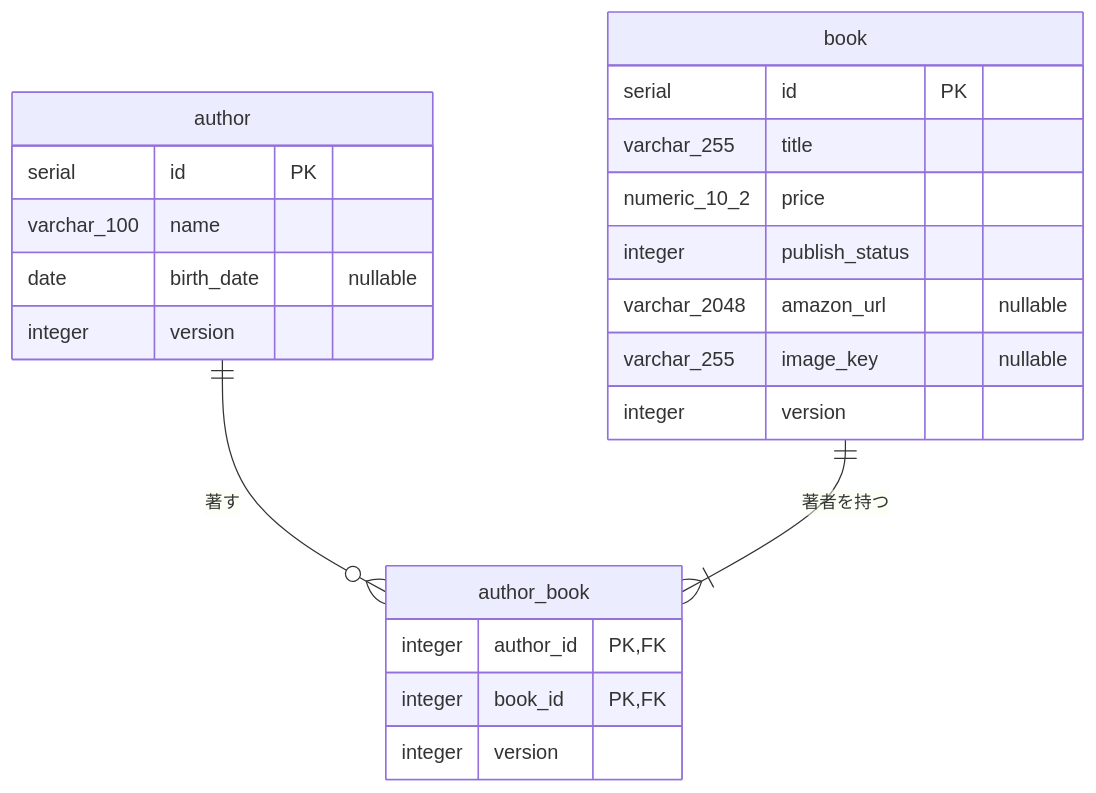
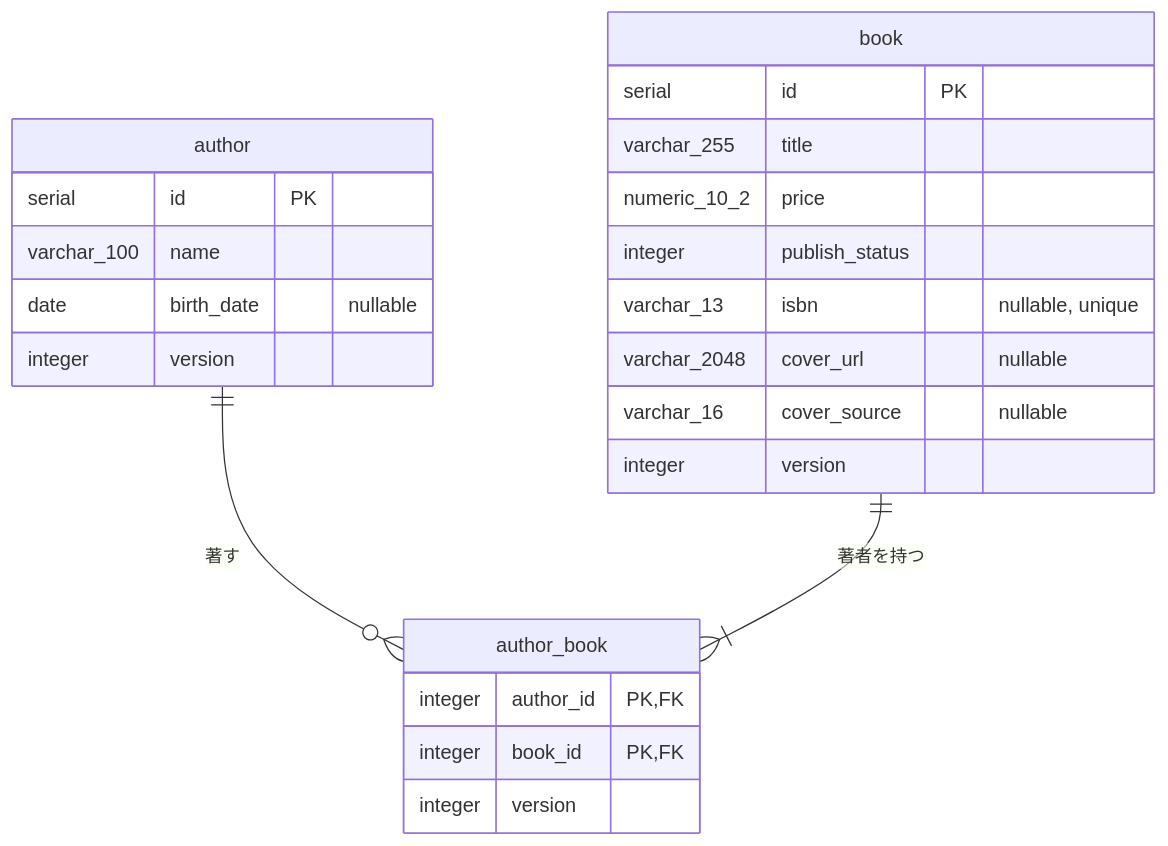
The diagram in docs/db/backend-schema.md (mrstsgk/book-management-system), drawn with Mermaid before and after one commit. The commit also changed other lines of this file and 3 other files, not shown here.

````diff
--- a/docs/db/backend-schema.md
+++ b/docs/db/backend-schema.md
@@ -9,25 +9,26 @@
 ```mermaid
 erDiagram
     book {
         serial id PK
         varchar_255 title
         numeric_10_2 price
         integer publish_status
-        varchar_2048 amazon_url "nullable"
-        varchar_255 image_key "nullable"
+        varchar_13 isbn "nullable, unique"
+        varchar_2048 cover_url "nullable"
+        varchar_16 cover_source "nullable"
         integer version
     }
     author {
         serial id PK
         varchar_100 name
         date birth_date "nullable"
         integer version
     }
     author_book {
         integer author_id PK, FK
         integer book_id PK, FK
         integer version
     }
     author ||--o{ author_book : "著す"
     book ||--|{ author_book : "著者を持つ"
 ```
````
